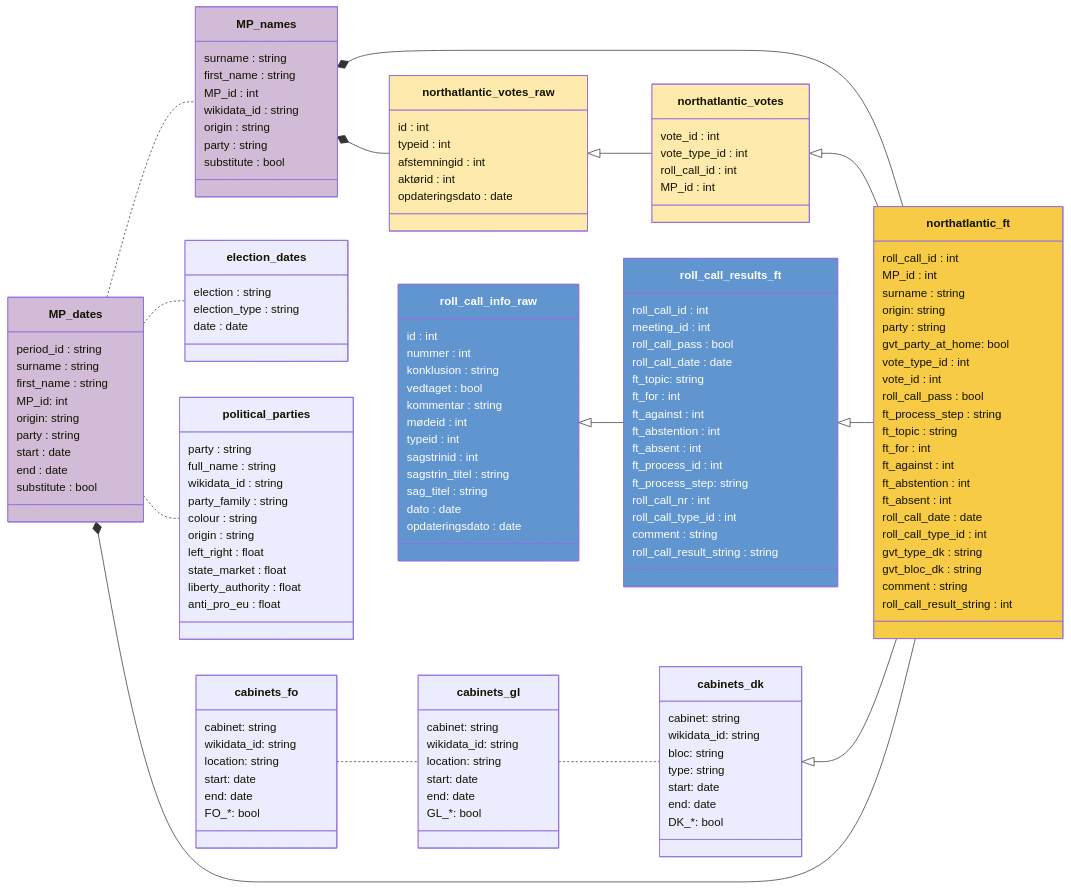
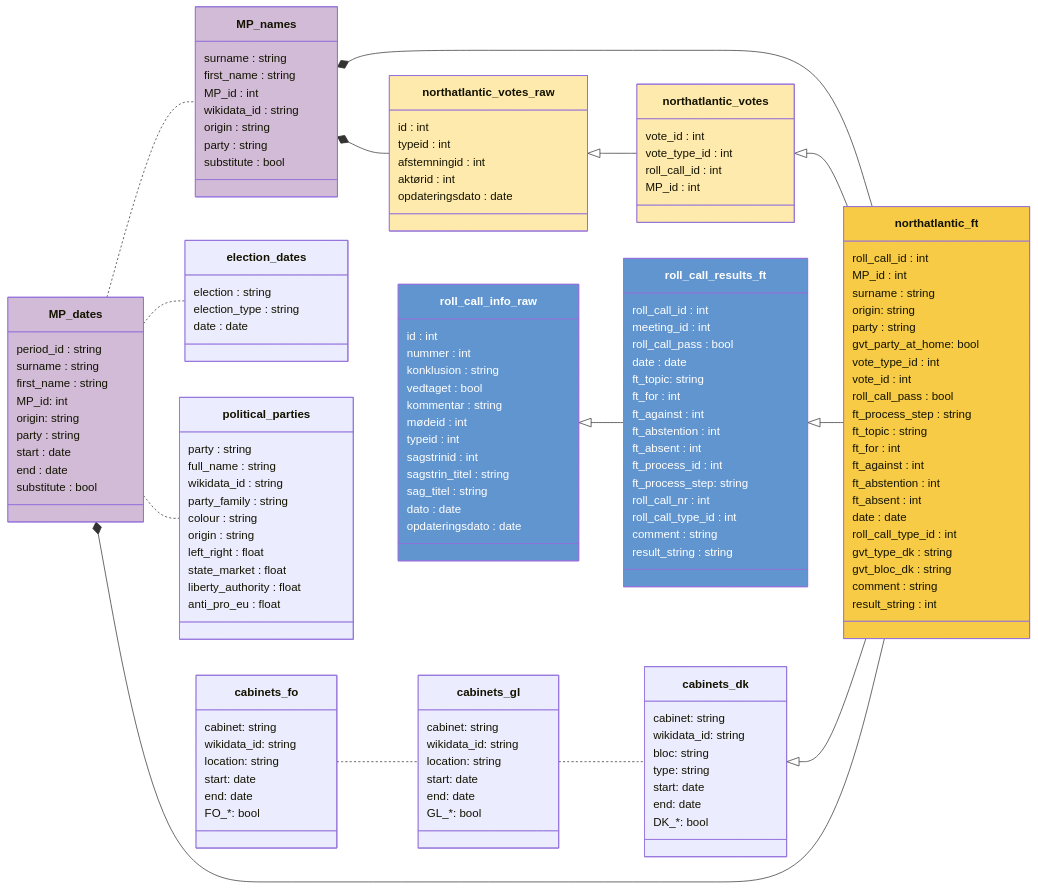
One commit to mtwente/nordatlantisk-ft changed the diagram in docs/codebook.qmd. Above: the diagram before and after it, drawn with Mermaid. The commit also changed other lines of this file and 7 other files, not shown here.

Commit message:
refactor: rename roll_call_date to date and roll_call_result_string to result_string

```diff
--- a/docs/codebook.qmd
+++ b/docs/codebook.qmd
@@ -140,12 +140,12 @@
         ft_against : int
         ft_abstention : int
         ft_absent : int
-        roll_call_date : date
+        date : date
         roll_call_type_id : int
         gvt_type_dk : string
         gvt_bloc_dk : string
         comment : string
-        roll_call_result_string : int
+        result_string : int
     }
 
         class northatlantic_votes {
@@ -187,7 +187,7 @@
         roll_call_id : int
         meeting_id : int
         roll_call_pass : bool
-        roll_call_date : date
+        date : date
         ft_topic: string
         ft_for : int
         ft_against : int
@@ -198,7 +198,7 @@
         roll_call_nr : int
         roll_call_type_id : int
         comment : string
-        roll_call_result_string : string
+        result_string : string
     }
 
     class roll_call_info_raw {
```
